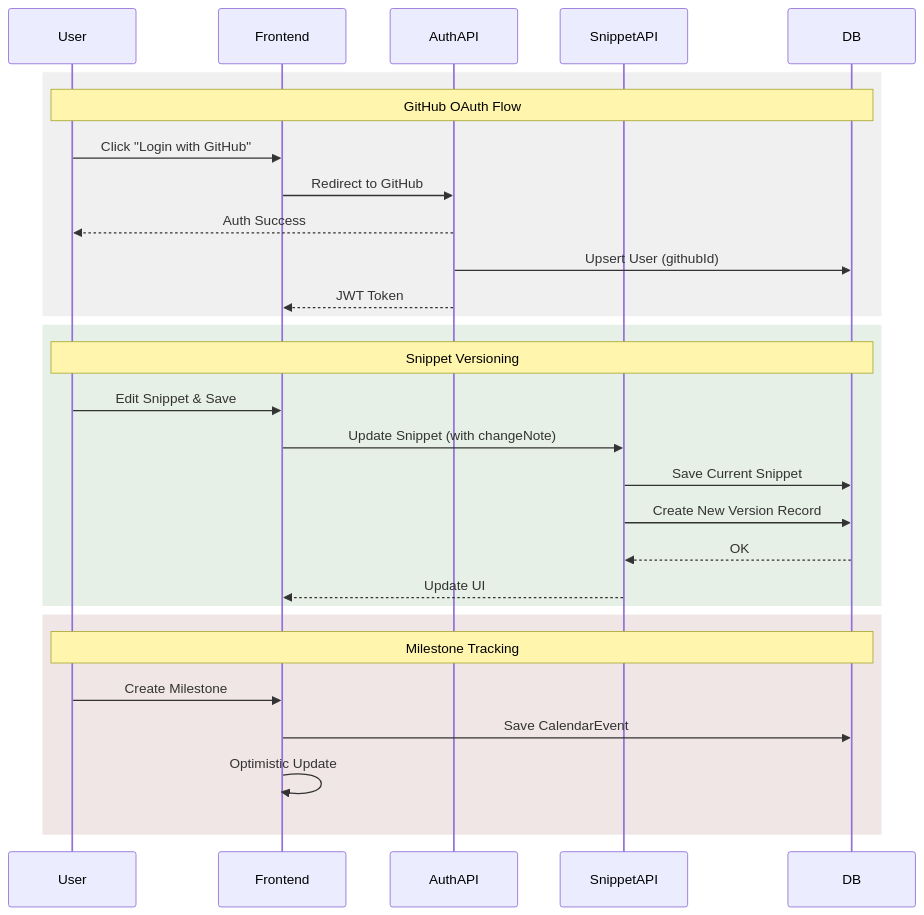
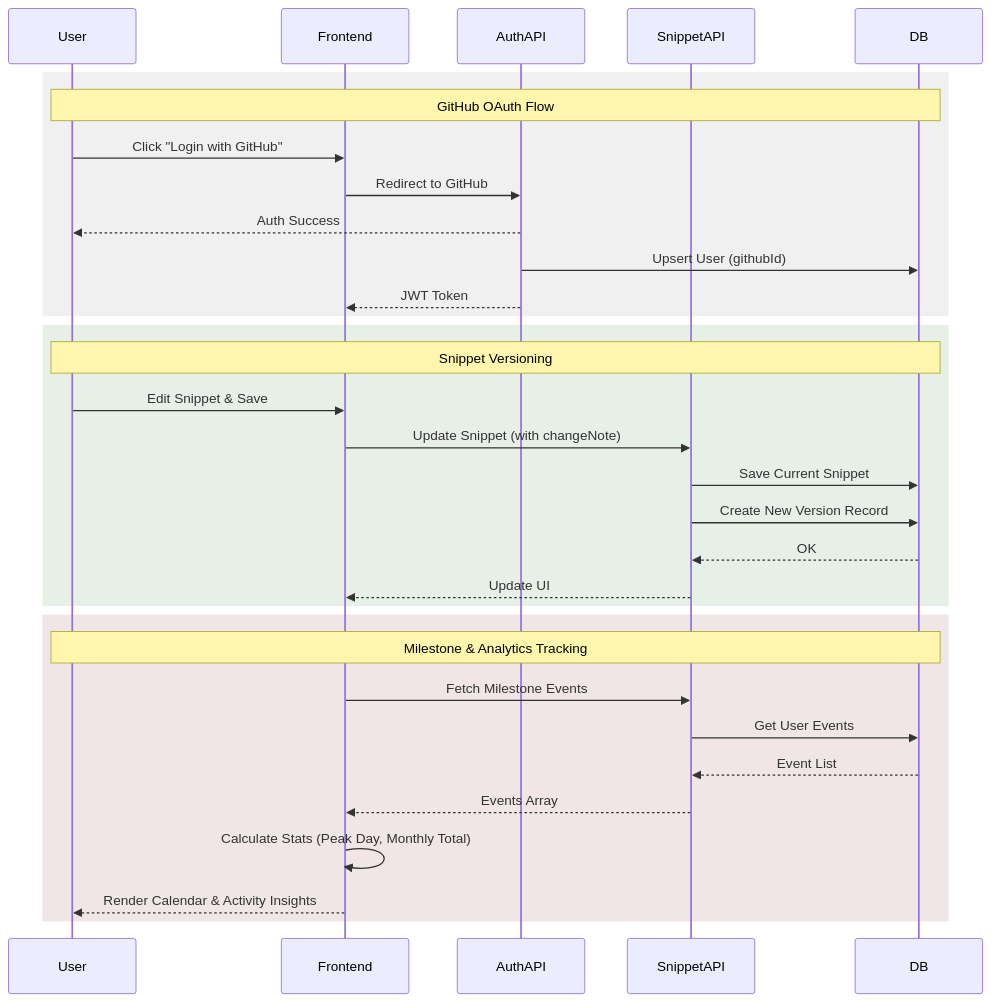
Before and after one commit to mahi656/Code-Snippet: the diagram in sequenceDiagram.md, drawn with Mermaid. The commit also changed 5 other files, not shown here.

````diff
--- a/sequenceDiagram.md
+++ b/sequenceDiagram.md
@@ -1,37 +1,40 @@
 ```mermaid
 sequenceDiagram
     participant User
     participant Frontend
     participant AuthAPI
     participant SnippetAPI
     participant DB
 
     %% Auth Flow
     rect rgb(240, 240, 240)
         Note over User, DB: GitHub OAuth Flow
         User->>Frontend: Click "Login with GitHub"
         Frontend->>AuthAPI: Redirect to GitHub
         AuthAPI-->>User: Auth Success
         AuthAPI->>DB: Upsert User (githubId)
         AuthAPI-->>Frontend: JWT Token
     end
 
     %% Versioning Flow
     rect rgb(230, 240, 230)
         Note over User, DB: Snippet Versioning
         User->>Frontend: Edit Snippet & Save
         Frontend->>SnippetAPI: Update Snippet (with changeNote)
         SnippetAPI->>DB: Save Current Snippet
         SnippetAPI->>DB: Create New Version Record
         DB-->>SnippetAPI: OK
         SnippetAPI-->>Frontend: Update UI
     end
 
     %% Calendar Flow
     rect rgb(240, 230, 230)
-        Note over User, DB: Milestone Tracking
-        User->>Frontend: Create Milestone
-        Frontend->>DB: Save CalendarEvent
-        Frontend->>Frontend: Optimistic Update
+        Note over User, DB: Milestone & Analytics Tracking
+        Frontend->>SnippetAPI: Fetch Milestone Events
+        SnippetAPI->>DB: Get User Events
+        DB-->>SnippetAPI: Event List
+        SnippetAPI-->>Frontend: Events Array
+        Frontend->>Frontend: Calculate Stats (Peak Day, Monthly Total)
+        Frontend-->>User: Render Calendar & Activity Insights
     end
 ```
````
